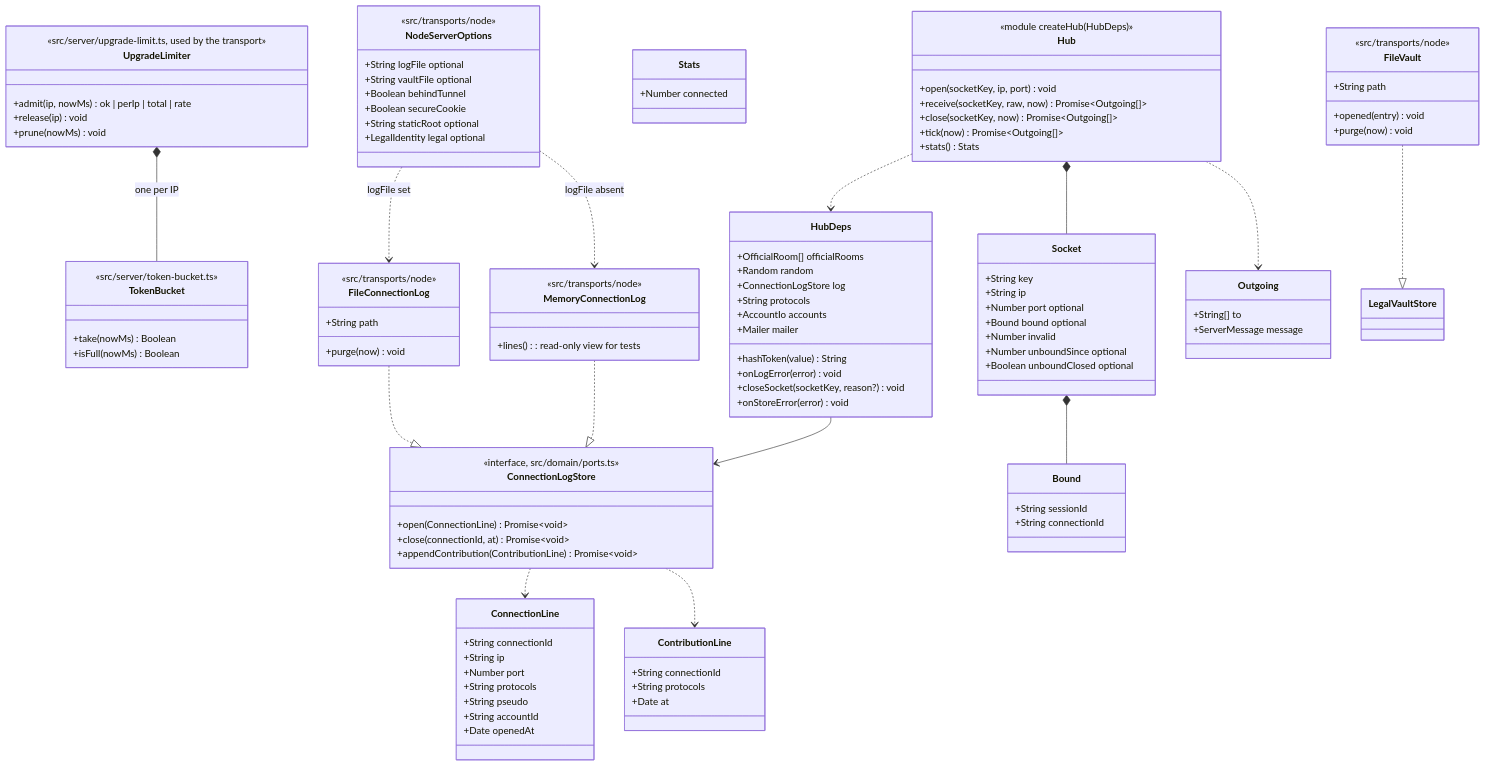
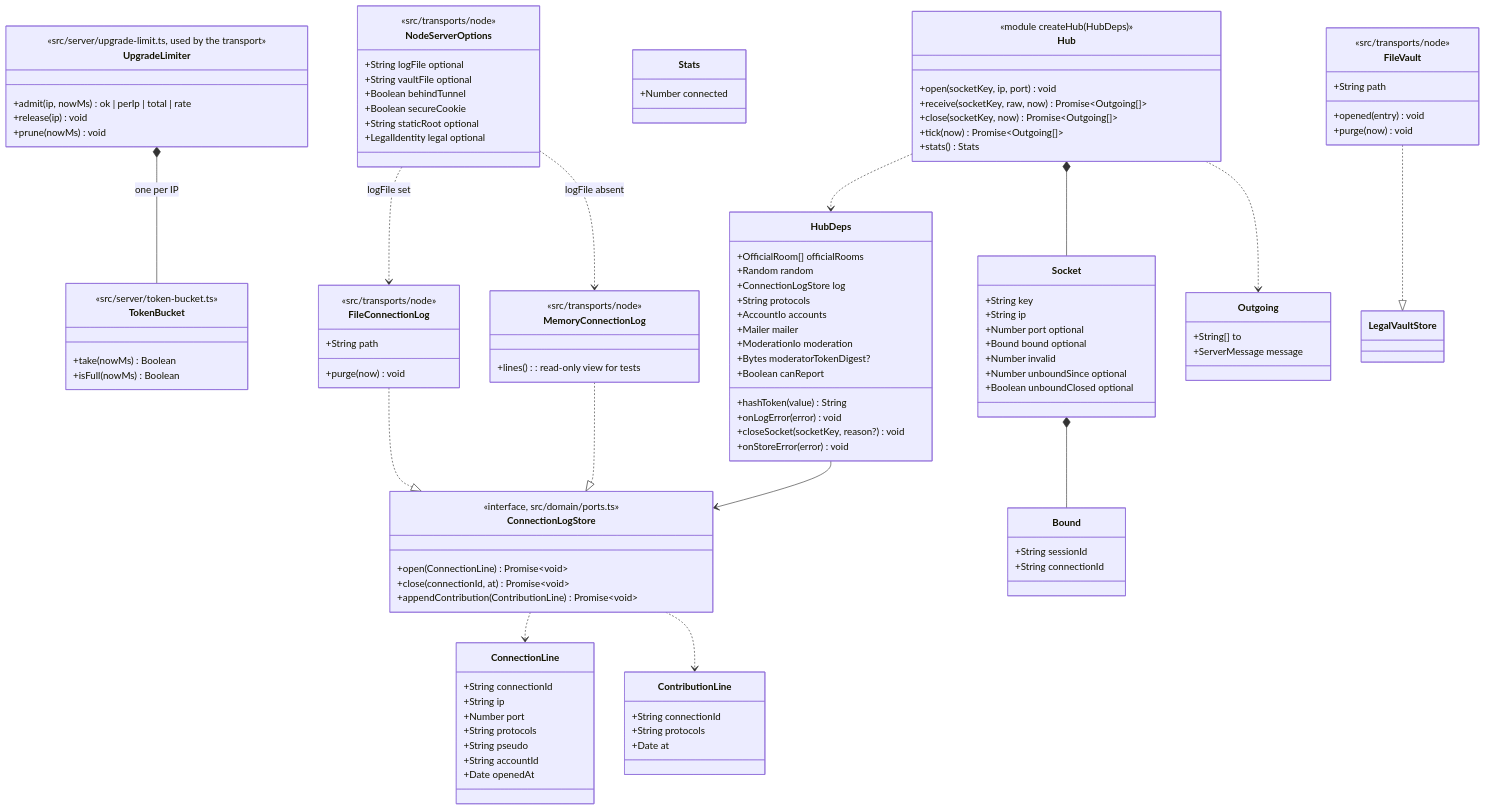
The first of 2 diagrams in docs/architecture/diagrams/platform/04c-class-server-hub.md (benoit-bremaud/asv), drawn with Mermaid before and after one commit. The commit also changed other lines of this file and 62 other files, not shown here.

```diff
--- a/docs/architecture/diagrams/platform/04c-class-server-hub.md
+++ b/docs/architecture/diagrams/platform/04c-class-server-hub.md
@@ -36,6 +36,9 @@
     +AccountIo accounts
     +Mailer mailer
     +onStoreError(error) void
+    +ModerationIo moderation
+    +Bytes moderatorTokenDigest?
+    +Boolean canReport
   }
   class ConnectionLogStore {
     <<interface, src/domain/ports.ts>>
```
